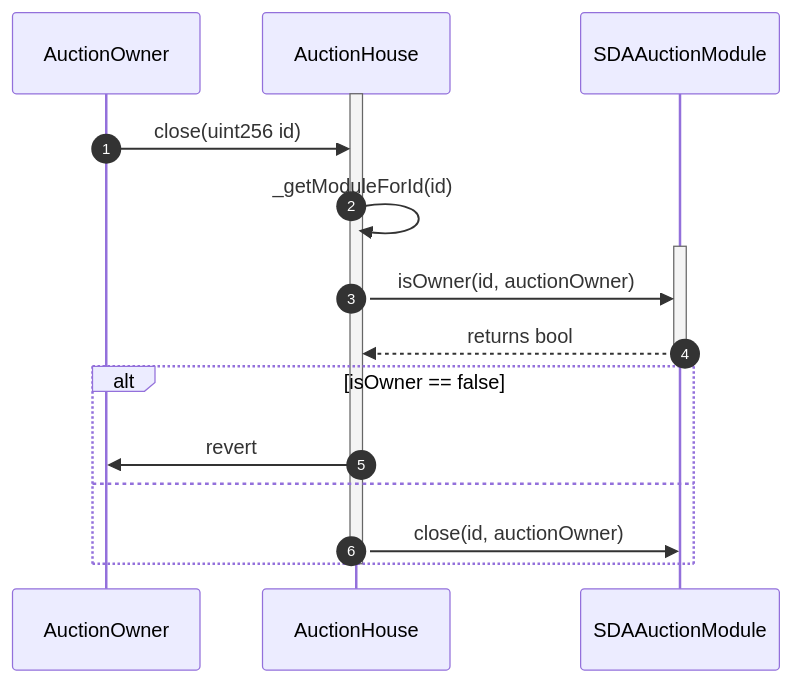
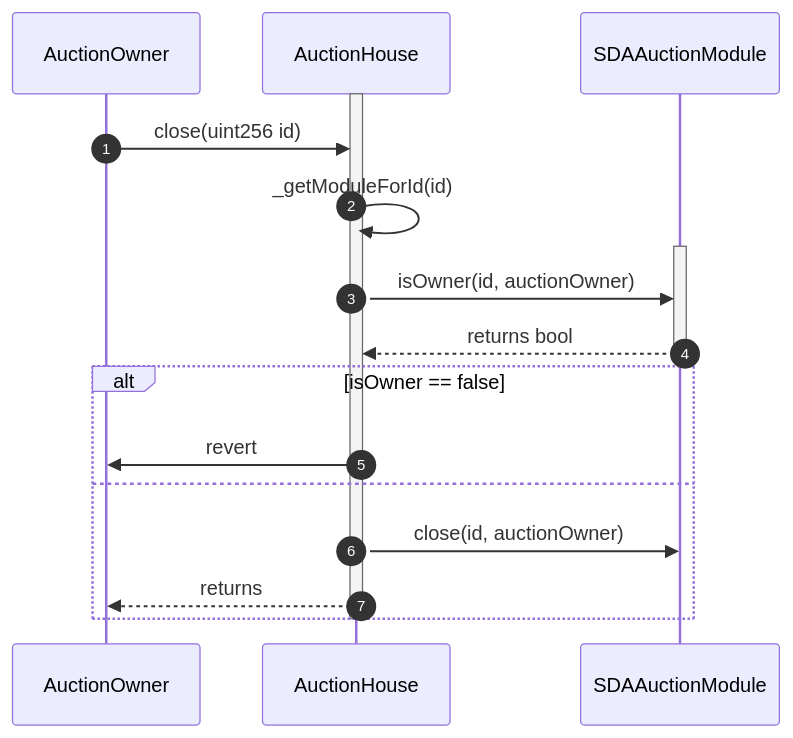
The fifth of 5 diagrams in ARCHITECTURE.md (Axis-Fi/axis-core), drawn with Mermaid before and after one commit.

Commit message:
Missing return

````diff
--- a/ARCHITECTURE.md
+++ b/ARCHITECTURE.md
@@ -358,24 +358,25 @@
 ```mermaid
 sequenceDiagram
   autoNumber
   participant AuctionOwner
   participant AuctionHouse
   participant SDAAuctionModule
 
   activate AuctionHouse
     AuctionOwner->>AuctionHouse: close(uint256 id)
     
     AuctionHouse->>AuctionHouse: _getModuleForId(id)
 
     activate SDAAuctionModule
       AuctionHouse->>SDAAuctionModule: isOwner(id, auctionOwner)
       SDAAuctionModule-->>AuctionHouse: returns bool
     deactivate SDAAuctionModule
 
     alt isOwner == false
       AuctionHouse->>AuctionOwner: revert
     else
       AuctionHouse->>SDAAuctionModule: close(id, auctionOwner)
+      AuctionHouse-->>AuctionOwner: returns
     end    
   deactivate AuctionHouse
 ```
````
